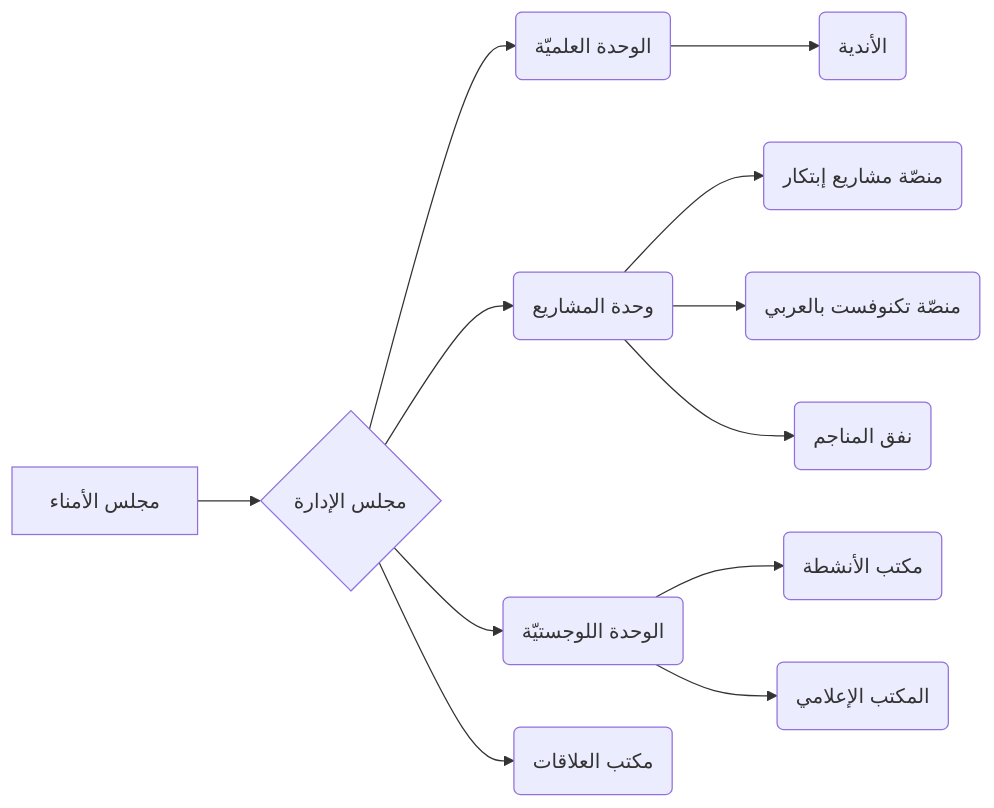
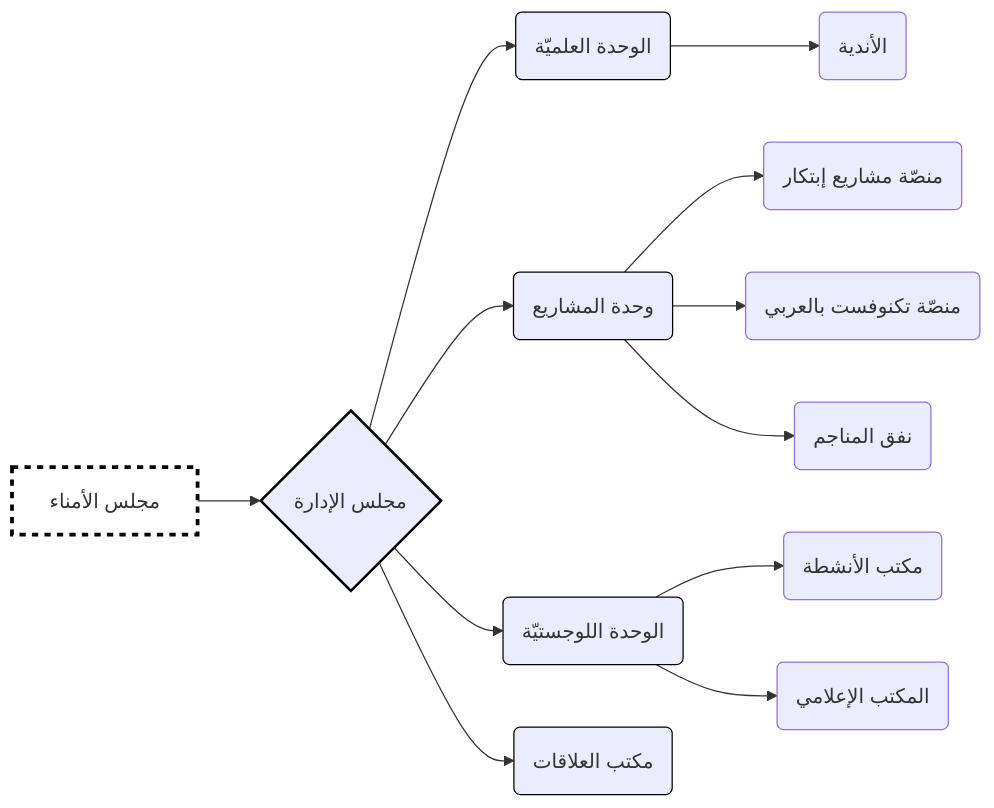
Before and after one commit to cankanalbir/system1: the diagram in README21.md, drawn with Mermaid.

````diff
--- a/README21.md
+++ b/README21.md
@@ -107,18 +107,25 @@
 ``` mermaid
 flowchart LR
-    BOT[مجلس الأمناء] -->BOD{مجلس الإدارة}
+  BOT[مجلس الأمناء] -->BOD{مجلس الإدارة}
+  style BOT fill:white,stroke:black,stroke-width:3px,stroke-dasharray: 5 5
+  style BOD stroke:black,stroke-width:2px
 
-    BOD --> scientific(الوحدة العلميّة)
-    BOD --> projects(وحدة المشاريع)
-    BOD --> logistics(الوحدة اللوجستيّة)
-    BOD --> relations(مكتب العلاقات)
-
-    logistics --> l1(مكتب الأنشطة)
-    logistics --> l2(المكتب الإعلامي)
-
-    projects --> p1(منصّة مشاريع إبتكار)
-    projects --> p3(منصّة تكنوفست بالعربي)
-    projects --> p2(نفق المناجم)
-
-    scientific --> s1(الأندية)
+  BOD --> scientific(الوحدة العلميّة)
+  BOD --> projects(وحدة المشاريع)
+  BOD --> logistics(الوحدة اللوجستيّة)
+  BOD --> relations(مكتب العلاقات)
+  
+  style scientific stroke:black
+  style projects stroke:black
+  style logistics stroke:black
+  style relations stroke:black
+  
+  logistics --> l1(مكتب الأنشطة)
+  logistics --> l2(المكتب الإعلامي)
+  
+  projects --> p1(منصّة مشاريع إبتكار)
+  projects --> p3(منصّة تكنوفست بالعربي)
+  projects --> p2(نفق المناجم)
+  
+  scientific --> s1(الأندية)
 ```
````
